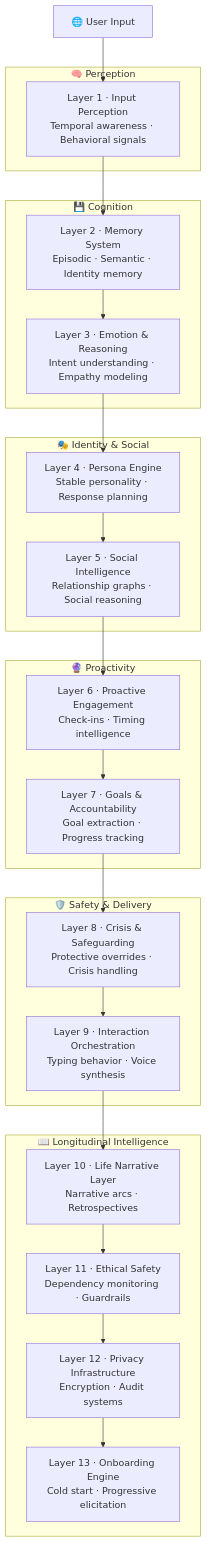
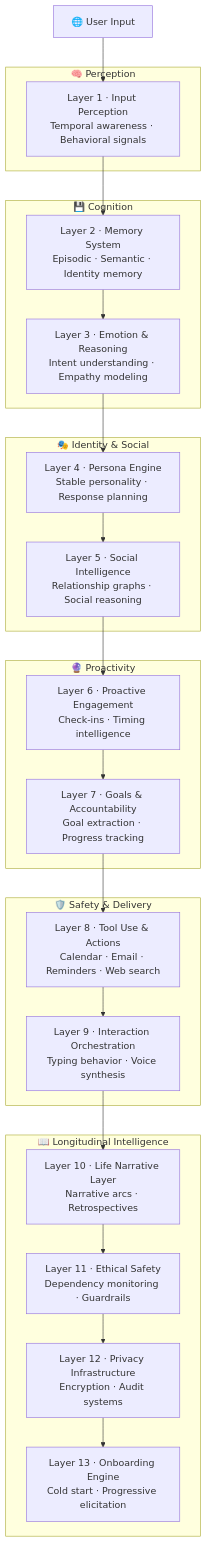
One commit to varunaditya27/nova-ai changed the first of 2 diagrams in README.md. Above: the diagram before and after it, drawn with Mermaid. The commit also changed other lines of this file and 8 other files, not shown here.

````diff
--- a/README.md
+++ b/README.md
@@ -109,38 +109,38 @@
 ```mermaid
 flowchart TD
 
     U["🌐 User Input"] --> L1
 
     subgraph P1 ["🧠 Perception"]
         L1["Layer 1 · Input Perception\nTemporal awareness · Behavioral signals"]
     end
 
     subgraph P2 ["💾 Cognition"]
         L2["Layer 2 · Memory System\nEpisodic · Semantic · Identity memory"]
         L3["Layer 3 · Emotion & Reasoning\nIntent understanding · Empathy modeling"]
     end
 
     subgraph P3 ["🎭 Identity & Social"]
         L4["Layer 4 · Persona Engine\nStable personality · Response planning"]
         L5["Layer 5 · Social Intelligence\nRelationship graphs · Social reasoning"]
     end
 
     subgraph P4 ["🔮 Proactivity"]
         L6["Layer 6 · Proactive Engagement\nCheck-ins · Timing intelligence"]
         L7["Layer 7 · Goals & Accountability\nGoal extraction · Progress tracking"]
     end
 
     subgraph P5 ["🛡️ Safety & Delivery"]
-        L8["Layer 8 · Crisis & Safeguarding\nProtective overrides · Crisis handling"]
+        L8["Layer 8 · Tool Use & Actions\nCalendar · Email · Reminders · Web search"]
         L9["Layer 9 · Interaction Orchestration\nTyping behavior · Voice synthesis"]
     end
 
     subgraph P6 ["📖 Longitudinal Intelligence"]
         L10["Layer 10 · Life Narrative Layer\nNarrative arcs · Retrospectives"]
         L11["Layer 11 · Ethical Safety\nDependency monitoring · Guardrails"]
         L12["Layer 12 · Privacy Infrastructure\nEncryption · Audit systems"]
         L13["Layer 13 · Onboarding Engine\nCold start · Progressive elicitation"]
     end
 
     L1 --> L2 --> L3 --> L4 --> L5 --> L6 --> L7 --> L8 --> L9 --> L10 --> L11 --> L12 --> L13
 ```
````
